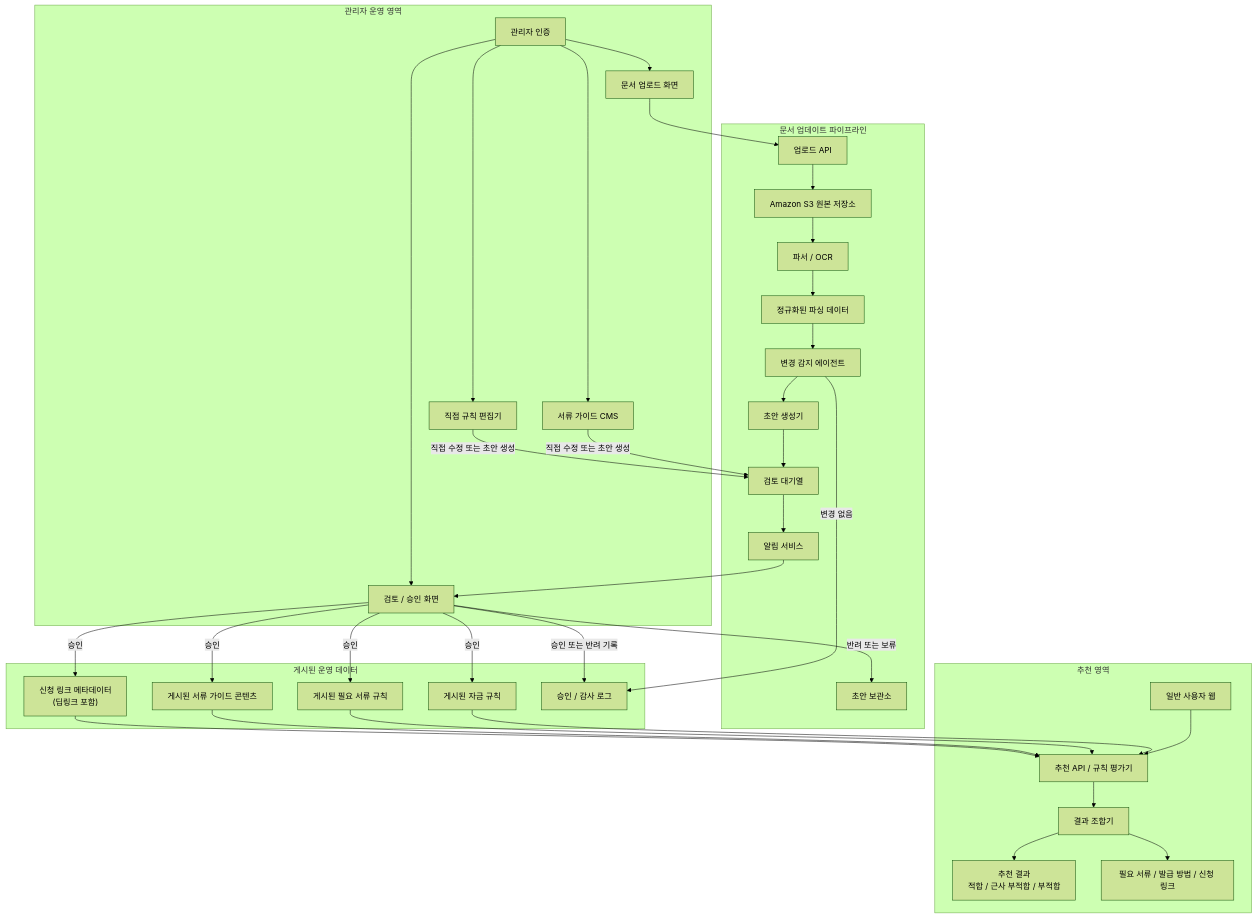
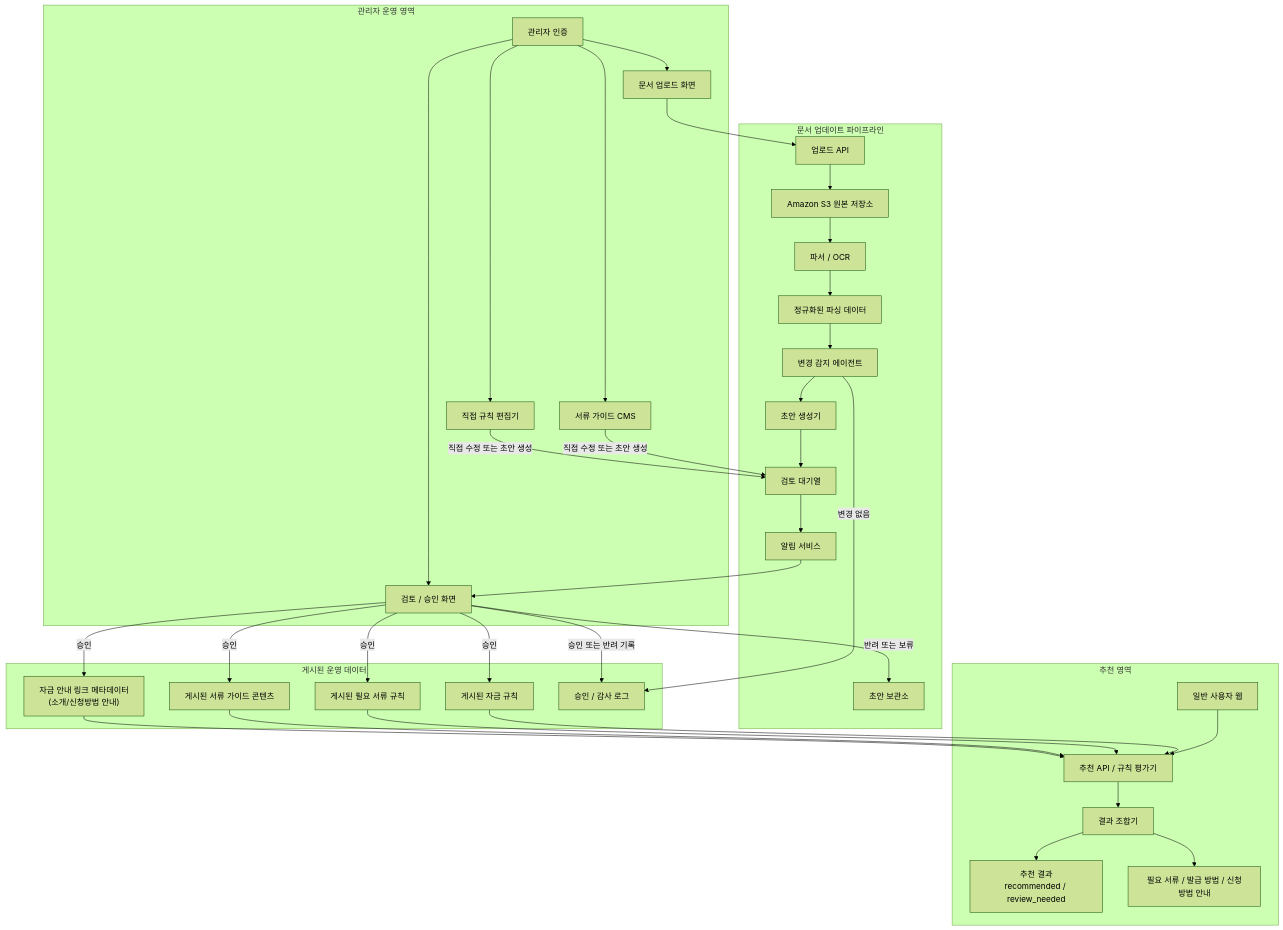
Before and after one commit to meanresult/Government-backed-funding: the diagram in docs/03_시스템_아키텍처.md, drawn with Mermaid (forest theme). The commit also changed other lines of this file and 16 other files, not shown here.

````diff
--- a/docs/03_시스템_아키텍처.md
+++ b/docs/03_시스템_아키텍처.md
@@ -7,70 +29,70 @@
 ```mermaid
 flowchart TD
     subgraph Admin["관리자 운영 영역"]
         A["관리자 인증"]
         B["문서 업로드 화면"]
         C["검토 / 승인 화면"]
         D["서류 가이드 CMS"]
         E["직접 규칙 편집기"]
         A --> B
         A --> C
         A --> D
         A --> E
     end
 
     subgraph Ingestion["문서 업데이트 파이프라인"]
         F["업로드 API"]
         G["Amazon S3 원본 저장소"]
         H["파서 / OCR"]
         I["정규화된 파싱 데이터"]
         J["변경 감지 에이전트"]
         K["초안 생성기"]
         L["검토 대기열"]
         M["알림 서비스"]
         N["초안 보관소"]
     end
 
     subgraph Published["게시된 운영 데이터"]
         O["게시된 자금 규칙"]
         P["게시된 필요 서류 규칙"]
         Q["게시된 서류 가이드 콘텐츠"]
-        R["신청 링크 메타데이터<br/>(딥링크 포함)"]
+        R["자금 안내 링크 메타데이터<br/>(소개/신청방법 안내)"]
         S["승인 / 감사 로그"]
     end
 
     subgraph Recommend["추천 영역"]
         T["일반 사용자 웹"]
         U["추천 API / 규칙 평가기"]
         V["결과 조합기"]
-        W["추천 결과<br/>적합 / 근사 부적합 / 부적합"]
-        X["필요 서류 / 발급 방법 / 신청 링크"]
+        W["추천 결과<br/>recommended / review_needed"]
+        X["필요 서류 / 발급 방법 / 신청방법 안내"]
     end
 
     B --> F
     F --> G
     G --> H
     H --> I
     I --> J
     J --> K
     K --> L
     J -->|변경 없음| S
     L --> M
     M --> C
     C -->|승인| O
     C -->|승인| P
     C -->|승인| Q
     C -->|승인| R
     C -->|승인 또는 반려 기록| S
     C -->|반려 또는 보류| N
     D -->|직접 수정 또는 초안 생성| L
     E -->|직접 수정 또는 초안 생성| L
 
     T --> U
     O --> U
     P --> U
     Q --> U
     R --> U
     U --> V
     V --> W
     V --> X
 ```
````
